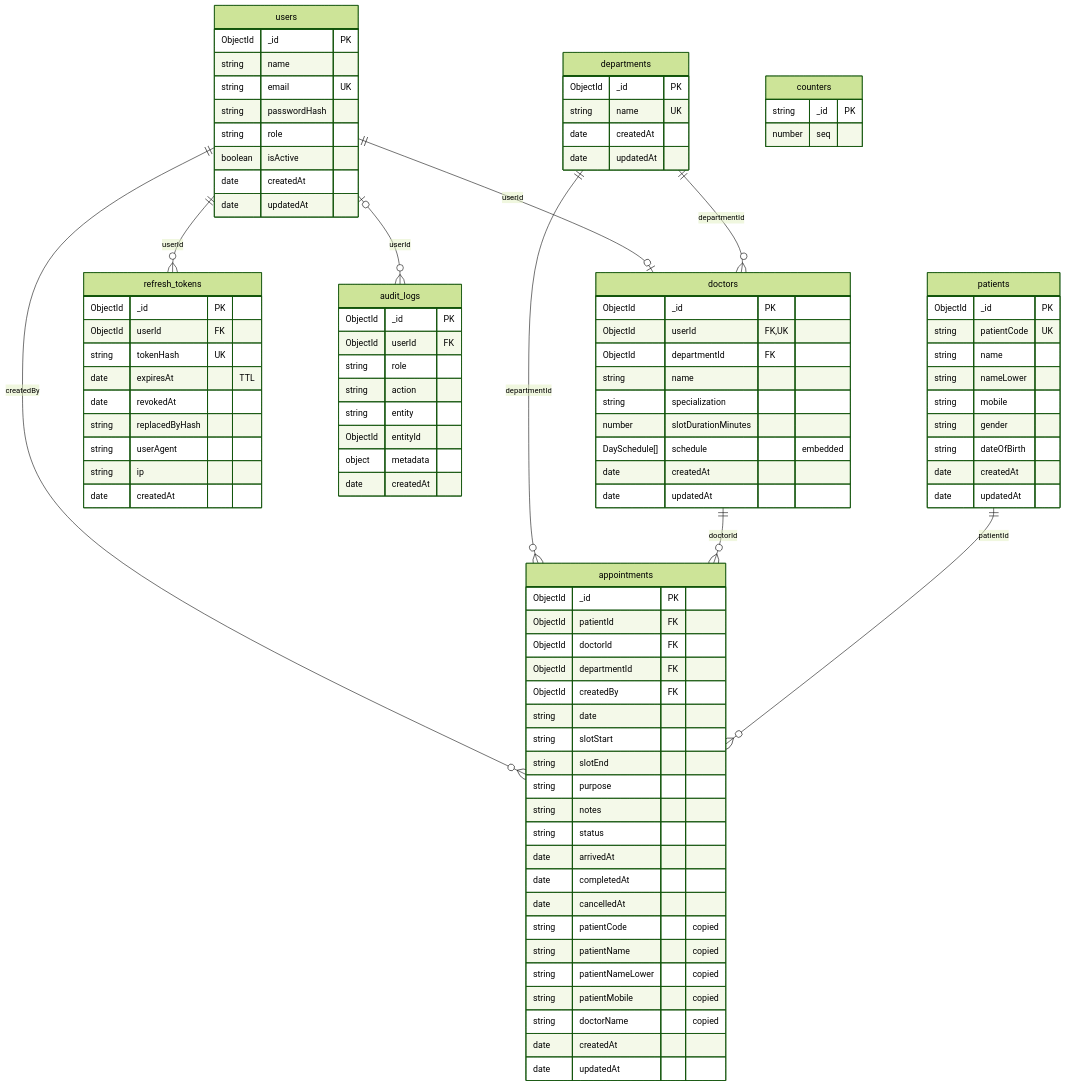
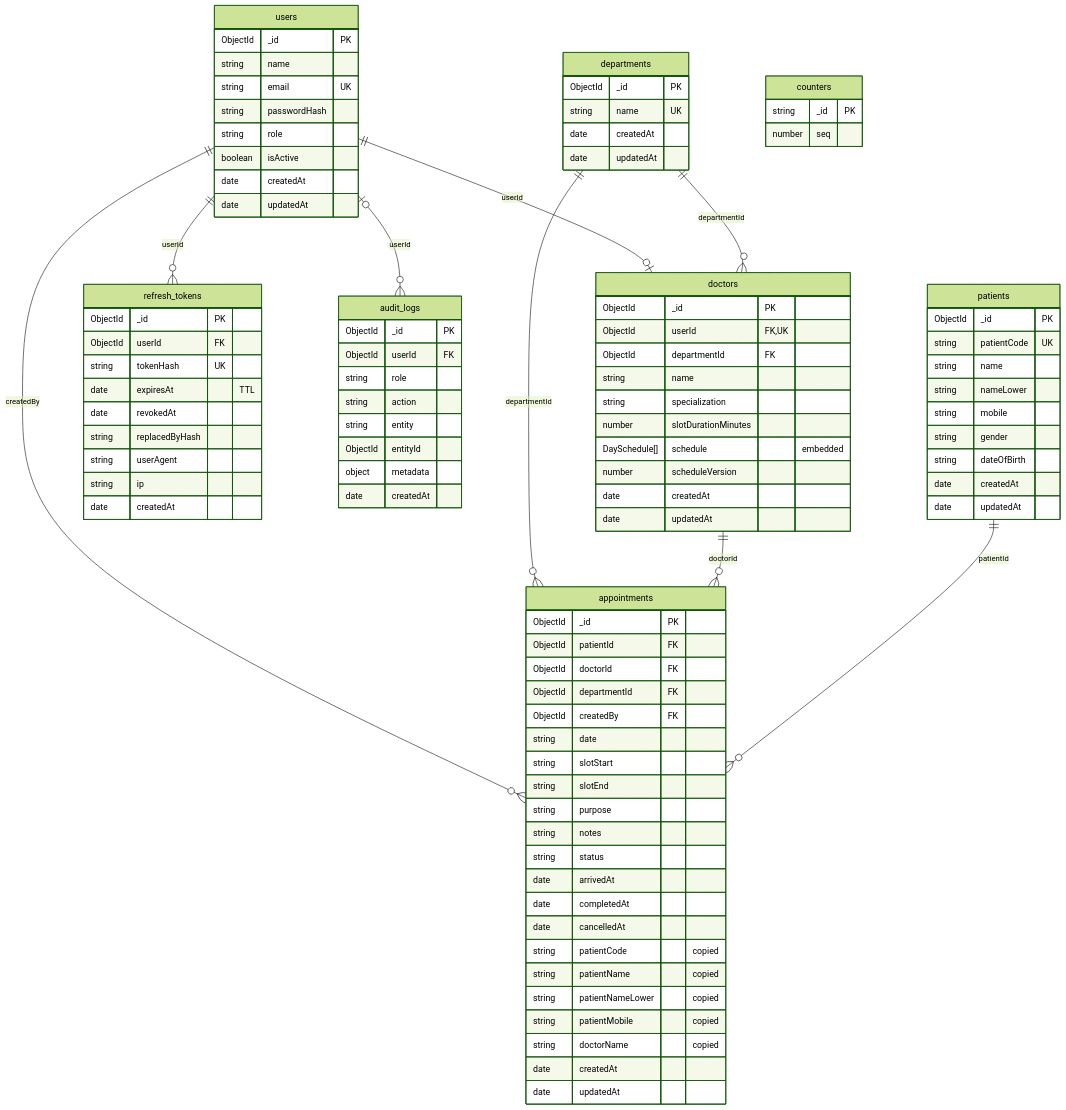
The first of 6 diagrams in docs/DATABASE_DESIGN.md (JaySPatel2962/emr-appointment-management), drawn with Mermaid (forest theme) before and after one commit. The commit also changed other lines of this file and 18 other files, not shown here.

```diff
--- a/docs/DATABASE_DESIGN.md
+++ b/docs/DATABASE_DESIGN.md
@@ -85,6 +85,7 @@
         string specialization
         number slotDurationMinutes
         DaySchedule[] schedule "embedded"
+        number scheduleVersion
         date createdAt
         date updatedAt
     }
```
